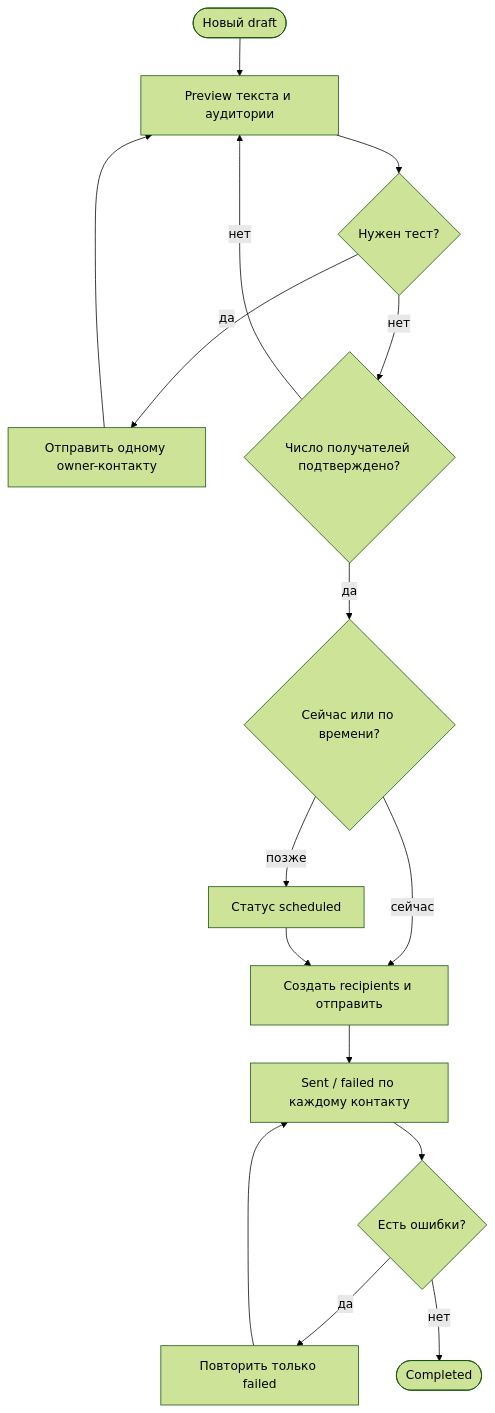
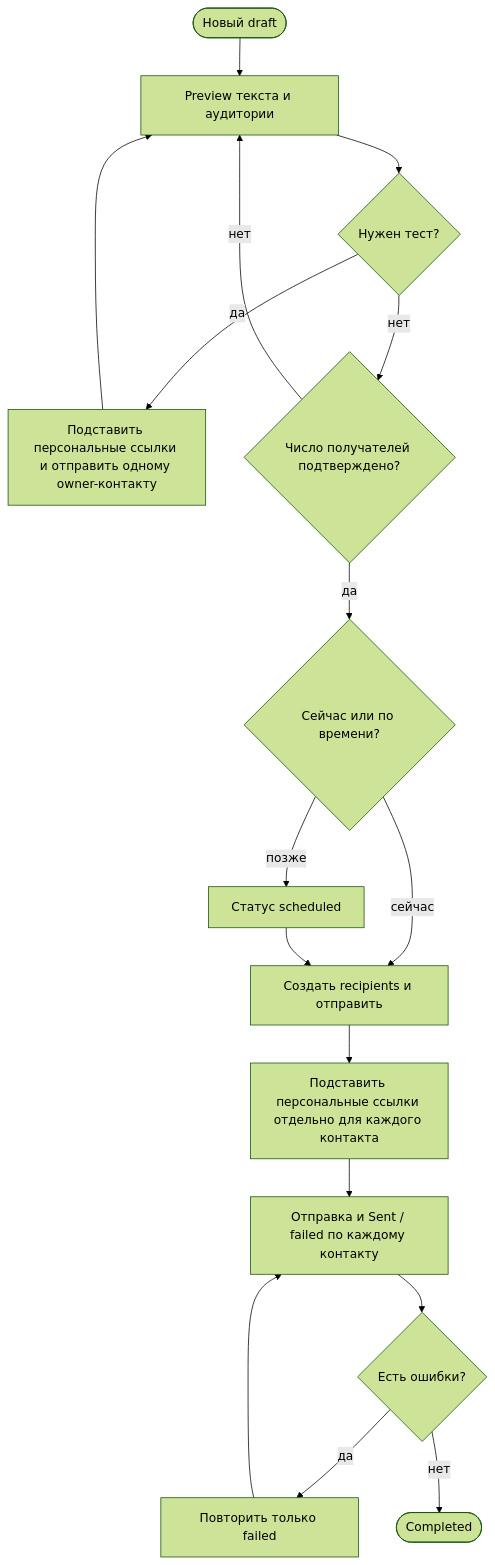
The second of 2 diagrams in docs/knowledge-base/modules/telegram/INBOX_AND_BROADCASTS.md (armagedongt/edabalans.ru), drawn with Mermaid (forest theme) before and after one commit. The commit also changed other lines of this file and 6 other files, not shown here.

````diff
--- a/docs/knowledge-base/modules/telegram/INBOX_AND_BROADCASTS.md
+++ b/docs/knowledge-base/modules/telegram/INBOX_AND_BROADCASTS.md
@@ -50,18 +60,19 @@
 ```mermaid
 flowchart TD
     D([Новый draft]) --> P[Preview текста и аудитории]
     P --> T{Нужен тест?}
-    T -- да --> O[Отправить одному owner-контакту]
+    T -- да --> O[Подставить персональные ссылки и отправить одному owner-контакту]
     O --> P
     T -- нет --> C{Число получателей подтверждено?}
     C -- нет --> P
     C -- да --> Q{Сейчас или по времени?}
     Q -- сейчас --> S[Создать recipients и отправить]
     Q -- позже --> W[Статус scheduled]
     W --> S
-    S --> R[Sent / failed по каждому контакту]
+    S --> PERSONAL[Подставить персональные ссылки отдельно для каждого контакта]
+    PERSONAL --> R[Отправка и Sent / failed по каждому контакту]
     R --> F{Есть ошибки?}
     F -- да --> X[Повторить только failed]
     F -- нет --> E([Completed])
     X --> R
 ```
````
